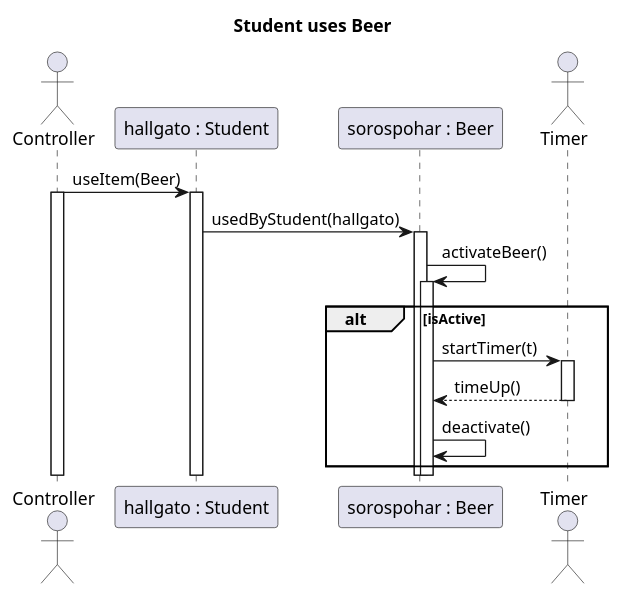
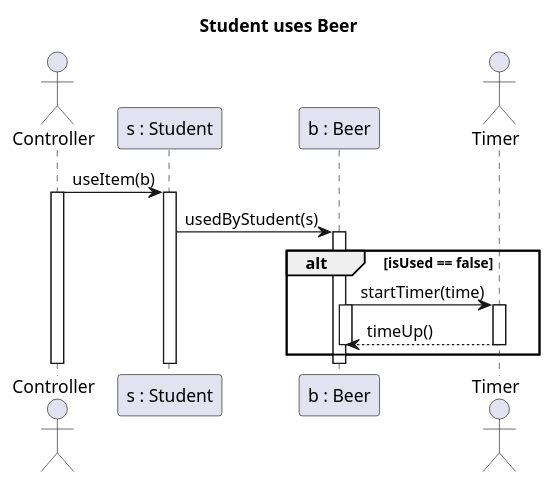
The diagram in Reko/beer.plantuml (MBakter/echo), drawn with PlantUML before and after one commit. The commit also changed 4 other files, not shown here.

```diff
--- a/Reko/beer.plantuml
+++ b/Reko/beer.plantuml
@@ -1,28 +1,26 @@
 @startuml Student uses Beer
 title Student uses Beer
 
 actor Controller as C
-participant "hallgato : Student" as s
-participant "sorospohar : Beer" as b
+participant "s : Student" as s
+participant "b : Beer" as b
 actor Timer as t
 
-C -> s : useItem(Beer)
+C -> s : useItem(b)
 Activate C
 Activate s
-s -> b : usedByStudent(hallgato)
+s -> b : usedByStudent(s)
 Activate b
-b -> b : activateBeer()
+alt isUsed == false
+b -> t : startTimer(time)
 Activate b
-alt isActive
-b -> t : startTimer(t)
 Activate t
 t --> b : timeUp()
+Deactivate b
 Deactivate t
-b -> b : deactivate()
 end
-Deactivate b
 Deactivate b
 Deactivate s
 Deactivate C
 
 @enduml
```
